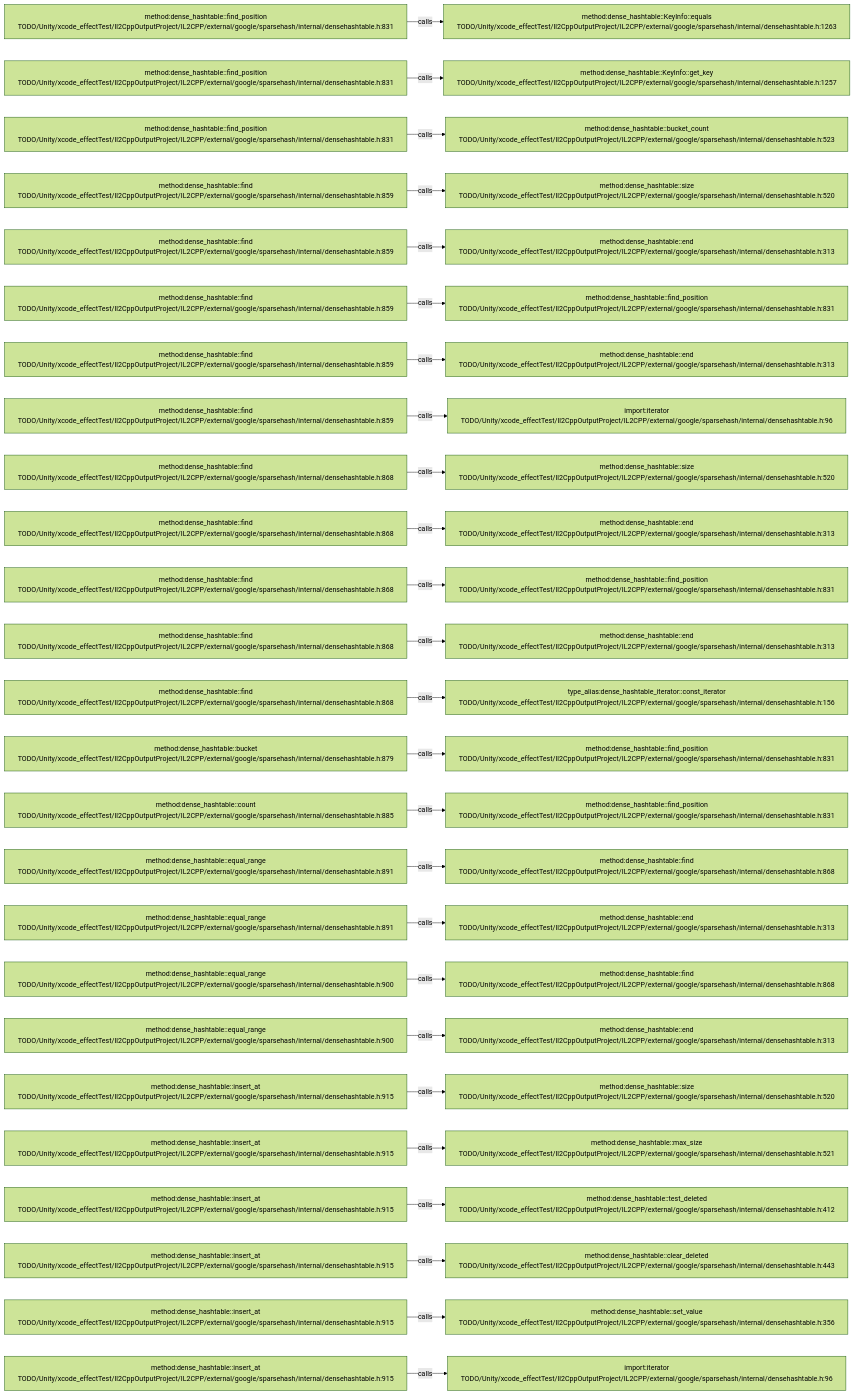
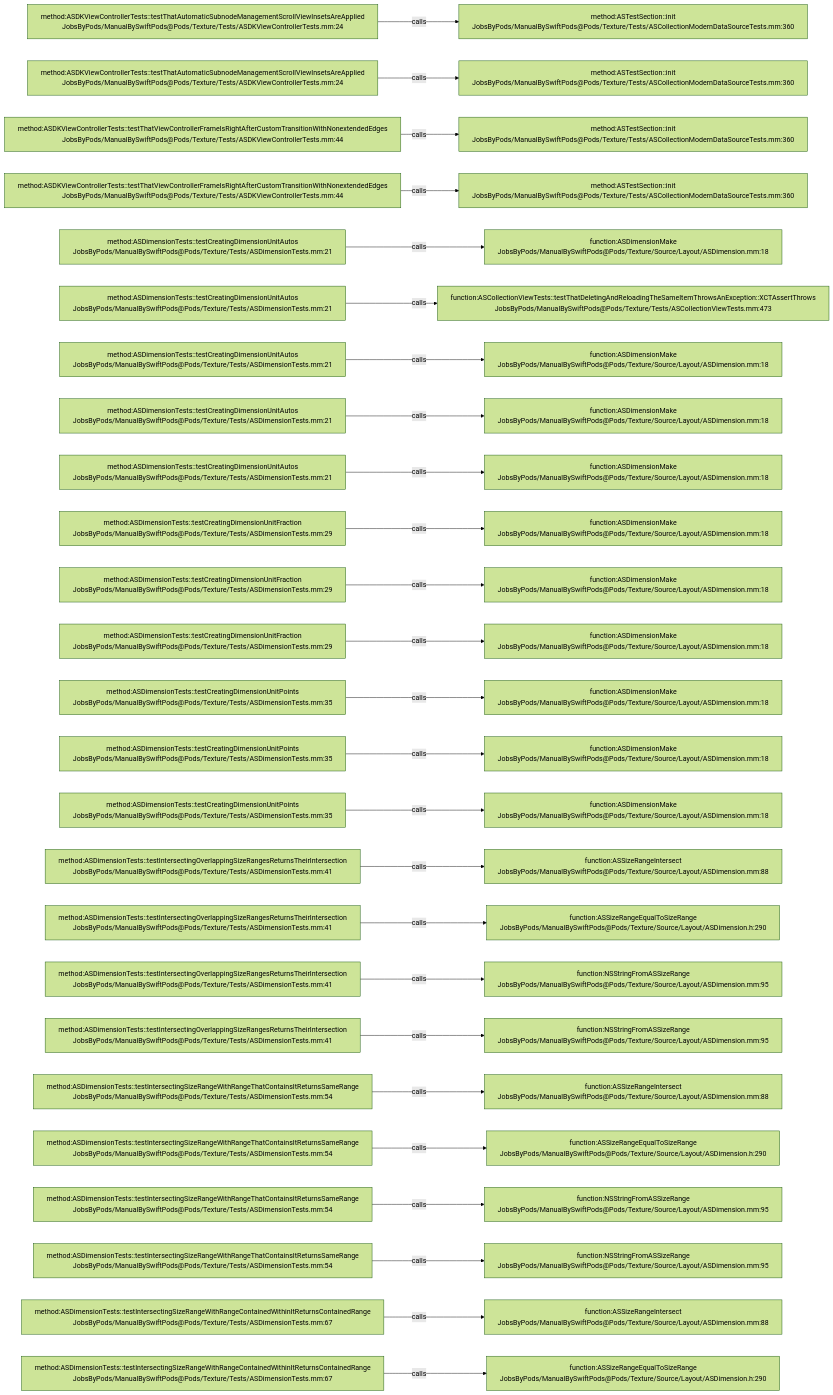
The diagram in .codegraph/codegraph.md/graphs/calls-197.md (JobsKits/JobsSwiftBaseConfigDemo), drawn with Mermaid (forest theme) before and after one commit. The commit also changed 2959 other files, not shown here.

````diff
--- a/.codegraph/codegraph.md/graphs/calls-197.md
+++ b/.codegraph/codegraph.md/graphs/calls-197.md
@@ -13,78 +13,78 @@
 ```mermaid
 flowchart LR
-  S1["method:dense_hashtable::find_position<br/>TODO/Unity/xcode_effectTest/Il2CppOutputProject/IL2CPP/external/google/sparsehash/internal/densehashtable.h:831"]
-  T1["method:dense_hashtable::KeyInfo::equals<br/>TODO/Unity/xcode_effectTest/Il2CppOutputProject/IL2CPP/external/google/sparsehash/internal/densehashtable.h:1263"]
+  S1["method:ASDKViewControllerTests::testThatAutomaticSubnodeManagementScrollViewInsetsAreApplied<br/>JobsByPods/ManualBySwiftPods@Pods/Texture/Tests/ASDKViewControllerTests.mm:24"]
+  T1["method:ASTestSection::init<br/>JobsByPods/ManualBySwiftPods@Pods/Texture/Tests/ASCollectionModernDataSourceTests.mm:360"]
   S1 -->|calls| T1
-  S2["method:dense_hashtable::find_position<br/>TODO/Unity/xcode_effectTest/Il2CppOutputProject/IL2CPP/external/google/sparsehash/internal/densehashtable.h:831"]
-  T2["method:dense_hashtable::KeyInfo::get_key<br/>TODO/Unity/xcode_effectTest/Il2CppOutputProject/IL2CPP/external/google/sparsehash/internal/densehashtable.h:1257"]
+  S2["method:ASDKViewControllerTests::testThatAutomaticSubnodeManagementScrollViewInsetsAreApplied<br/>JobsByPods/ManualBySwiftPods@Pods/Texture/Tests/ASDKViewControllerTests.mm:24"]
+  T2["method:ASTestSection::init<br/>JobsByPods/ManualBySwiftPods@Pods/Texture/Tests/ASCollectionModernDataSourceTests.mm:360"]
   S2 -->|calls| T2
-  S3["method:dense_hashtable::find_position<br/>TODO/Unity/xcode_effectTest/Il2CppOutputProject/IL2CPP/external/google/sparsehash/internal/densehashtable.h:831"]
-  T3["method:dense_hashtable::bucket_count<br/>TODO/Unity/xcode_effectTest/Il2CppOutputProject/IL2CPP/external/google/sparsehash/internal/densehashtable.h:523"]
+  S3["method:ASDKViewControllerTests::testThatViewControllerFrameIsRightAfterCustomTransitionWithNonextendedEdges<br/>JobsByPods/ManualBySwiftPods@Pods/Texture/Tests/ASDKViewControllerTests.mm:44"]
+  T3["method:ASTestSection::init<br/>JobsByPods/ManualBySwiftPods@Pods/Texture/Tests/ASCollectionModernDataSourceTests.mm:360"]
   S3 -->|calls| T3
-  S4["method:dense_hashtable::find<br/>TODO/Unity/xcode_effectTest/Il2CppOutputProject/IL2CPP/external/google/sparsehash/internal/densehashtable.h:859"]
-  T4["method:dense_hashtable::size<br/>TODO/Unity/xcode_effectTest/Il2CppOutputProject/IL2CPP/external/google/sparsehash/internal/densehashtable.h:520"]
+  S4["method:ASDKViewControllerTests::testThatViewControllerFrameIsRightAfterCustomTransitionWithNonextendedEdges<br/>JobsByPods/ManualBySwiftPods@Pods/Texture/Tests/ASDKViewControllerTests.mm:44"]
+  T4["method:ASTestSection::init<br/>JobsByPods/ManualBySwiftPods@Pods/Texture/Tests/ASCollectionModernDataSourceTests.mm:360"]
   S4 -->|calls| T4
-  S5["method:dense_hashtable::find<br/>TODO/Unity/xcode_effectTest/Il2CppOutputProject/IL2CPP/external/google/sparsehash/internal/densehashtable.h:859"]
-  T5["method:dense_hashtable::end<br/>TODO/Unity/xcode_effectTest/Il2CppOutputProject/IL2CPP/external/google/sparsehash/internal/densehashtable.h:313"]
+  S5["method:ASDimensionTests::testCreatingDimensionUnitAutos<br/>JobsByPods/ManualBySwiftPods@Pods/Texture/Tests/ASDimensionTests.mm:21"]
+  T5["function:ASDimensionMake<br/>JobsByPods/ManualBySwiftPods@Pods/Texture/Source/Layout/ASDimension.mm:18"]
   S5 -->|calls| T5
-  S6["method:dense_hashtable::find<br/>TODO/Unity/xcode_effectTest/Il2CppOutputProject/IL2CPP/external/google/sparsehash/internal/densehashtable.h:859"]
-  T6["method:dense_hashtable::find_position<br/>TODO/Unity/xcode_effectTest/Il2CppOutputProject/IL2CPP/external/google/sparsehash/internal/densehashtable.h:831"]
+  S6["method:ASDimensionTests::testCreatingDimensionUnitAutos<br/>JobsByPods/ManualBySwiftPods@Pods/Texture/Tests/ASDimensionTests.mm:21"]
+  T6["function:ASCollectionViewTests::testThatDeletingAndReloadingTheSameItemThrowsAnException::XCTAssertThrows<br/>JobsByPods/ManualBySwiftPods@Pods/Texture/Tests/ASCollectionViewTests.mm:473"]
   S6 -->|calls| T6
-  S7["method:dense_hashtable::find<br/>TODO/Unity/xcode_effectTest/Il2CppOutputProject/IL2CPP/external/google/sparsehash/internal/densehashtable.h:859"]
-  T7["method:dense_hashtable::end<br/>TODO/Unity/xcode_effectTest/Il2CppOutputProject/IL2CPP/external/google/sparsehash/internal/densehashtable.h:313"]
+  S7["method:ASDimensionTests::testCreatingDimensionUnitAutos<br/>JobsByPods/ManualBySwiftPods@Pods/Texture/Tests/ASDimensionTests.mm:21"]
+  T7["function:ASDimensionMake<br/>JobsByPods/ManualBySwiftPods@Pods/Texture/Source/Layout/ASDimension.mm:18"]
   S7 -->|calls| T7
-  S8["method:dense_hashtable::find<br/>TODO/Unity/xcode_effectTest/Il2CppOutputProject/IL2CPP/external/google/sparsehash/internal/densehashtable.h:859"]
-  T8["import:iterator<br/>TODO/Unity/xcode_effectTest/Il2CppOutputProject/IL2CPP/external/google/sparsehash/internal/densehashtable.h:96"]
+  S8["method:ASDimensionTests::testCreatingDimensionUnitAutos<br/>JobsByPods/ManualBySwiftPods@Pods/Texture/Tests/ASDimensionTests.mm:21"]
+  T8["function:ASDimensionMake<br/>JobsByPods/ManualBySwiftPods@Pods/Texture/Source/Layout/ASDimension.mm:18"]
   S8 -->|calls| T8
-  S9["method:dense_hashtable::find<br/>TODO/Unity/xcode_effectTest/Il2CppOutputProject/IL2CPP/external/google/sparsehash/internal/densehashtable.h:868"]
-  T9["method:dense_hashtable::size<br/>TODO/Unity/xcode_effectTest/Il2CppOutputProject/IL2CPP/external/google/sparsehash/internal/densehashtable.h:520"]
+  S9["method:ASDimensionTests::testCreatingDimensionUnitAutos<br/>JobsByPods/ManualBySwiftPods@Pods/Texture/Tests/ASDimensionTests.mm:21"]
+  T9["function:ASDimensionMake<br/>JobsByPods/ManualBySwiftPods@Pods/Texture/Source/Layout/ASDimension.mm:18"]
   S9 -->|calls| T9
-  S10["method:dense_hashtable::find<br/>TODO/Unity/xcode_effectTest/Il2CppOutputProject/IL2CPP/external/google/sparsehash/internal/densehashtable.h:868"]
-  T10["method:dense_hashtable::end<br/>TODO/Unity/xcode_effectTest/Il2CppOutputProject/IL2CPP/external/google/sparsehash/internal/densehashtable.h:313"]
+  S10["method:ASDimensionTests::testCreatingDimensionUnitFraction<br/>JobsByPods/ManualBySwiftPods@Pods/Texture/Tests/ASDimensionTests.mm:29"]
+  T10["function:ASDimensionMake<br/>JobsByPods/ManualBySwiftPods@Pods/Texture/Source/Layout/ASDimension.mm:18"]
   S10 -->|calls| T10
-  S11["method:dense_hashtable::find<br/>TODO/Unity/xcode_effectTest/Il2CppOutputProject/IL2CPP/external/google/sparsehash/internal/densehashtable.h:868"]
-  T11["method:dense_hashtable::find_position<br/>TODO/Unity/xcode_effectTest/Il2CppOutputProject/IL2CPP/external/google/sparsehash/internal/densehashtable.h:831"]
+  S11["method:ASDimensionTests::testCreatingDimensionUnitFraction<br/>JobsByPods/ManualBySwiftPods@Pods/Texture/Tests/ASDimensionTests.mm:29"]
+  T11["function:ASDimensionMake<br/>JobsByPods/ManualBySwiftPods@Pods/Texture/Source/Layout/ASDimension.mm:18"]
   S11 -->|calls| T11
-  S12["method:dense_hashtable::find<br/>TODO/Unity/xcode_effectTest/Il2CppOutputProject/IL2CPP/external/google/sparsehash/internal/densehashtable.h:868"]
-  T12["method:dense_hashtable::end<br/>TODO/Unity/xcode_effectTest/Il2CppOutputProject/IL2CPP/external/google/sparsehash/internal/densehashtable.h:313"]
+  S12["method:ASDimensionTests::testCreatingDimensionUnitFraction<br/>JobsByPods/ManualBySwiftPods@Pods/Texture/Tests/ASDimensionTests.mm:29"]
+  T12["function:ASDimensionMake<br/>JobsByPods/ManualBySwiftPods@Pods/Texture/Source/Layout/ASDimension.mm:18"]
   S12 -->|calls| T12
-  S13["method:dense_hashtable::find<br/>TODO/Unity/xcode_effectTest/Il2CppOutputProject/IL2CPP/external/google/sparsehash/internal/densehashtable.h:868"]
-  T13["type_alias:dense_hashtable_iterator::const_iterator<br/>TODO/Unity/xcode_effectTest/Il2CppOutputProject/IL2CPP/external/google/sparsehash/internal/densehashtable.h:156"]
+  S13["method:ASDimensionTests::testCreatingDimensionUnitPoints<br/>JobsByPods/ManualBySwiftPods@Pods/Texture/Tests/ASDimensionTests.mm:35"]
+  T13["function:ASDimensionMake<br/>JobsByPods/ManualBySwiftPods@Pods/Texture/Source/Layout/ASDimension.mm:18"]
   S13 -->|calls| T13
-  S14["method:dense_hashtable::bucket<br/>TODO/Unity/xcode_effectTest/Il2CppOutputProject/IL2CPP/external/google/sparsehash/internal/densehashtable.h:879"]
-  T14["method:dense_hashtable::find_position<br/>TODO/Unity/xcode_effectTest/Il2CppOutputProject/IL2CPP/external/google/sparsehash/internal/densehashtable.h:831"]
+  S14["method:ASDimensionTests::testCreatingDimensionUnitPoints<br/>JobsByPods/ManualBySwiftPods@Pods/Texture/Tests/ASDimensionTests.mm:35"]
+  T14["function:ASDimensionMake<br/>JobsByPods/ManualBySwiftPods@Pods/Texture/Source/Layout/ASDimension.mm:18"]
   S14 -->|calls| T14
-  S15["method:dense_hashtable::count<br/>TODO/Unity/xcode_effectTest/Il2CppOutputProject/IL2CPP/external/google/sparsehash/internal/densehashtable.h:885"]
-  T15["method:dense_hashtable::find_position<br/>TODO/Unity/xcode_effectTest/Il2CppOutputProject/IL2CPP/external/google/sparsehash/internal/densehashtable.h:831"]
+  S15["method:ASDimensionTests::testCreatingDimensionUnitPoints<br/>JobsByPods/ManualBySwiftPods@Pods/Texture/Tests/ASDimensionTests.mm:35"]
+  T15["function:ASDimensionMake<br/>JobsByPods/ManualBySwiftPods@Pods/Texture/Source/Layout/ASDimension.mm:18"]
   S15 -->|calls| T15
-  S16["method:dense_hashtable::equal_range<br/>TODO/Unity/xcode_effectTest/Il2CppOutputProject/IL2CPP/external/google/sparsehash/internal/densehashtable.h:891"]
-  T16["method:dense_hashtable::find<br/>TODO/Unity/xcode_effectTest/Il2CppOutputProject/IL2CPP/external/google/sparsehash/internal/densehashtable.h:868"]
+  S16["method:ASDimensionTests::testIntersectingOverlappingSizeRangesReturnsTheirIntersection<br/>JobsByPods/ManualBySwiftPods@Pods/Texture/Tests/ASDimensionTests.mm:41"]
+  T16["function:ASSizeRangeIntersect<br/>JobsByPods/ManualBySwiftPods@Pods/Texture/Source/Layout/ASDimension.mm:88"]
   S16 -->|calls| T16
-  S17["method:dense_hashtable::equal_range<br/>TODO/Unity/xcode_effectTest/Il2CppOutputProject/IL2CPP/external/google/sparsehash/internal/densehashtable.h:891"]
-  T17["method:dense_hashtable::end<br/>TODO/Unity/xcode_effectTest/Il2CppOutputProject/IL2CPP/external/google/sparsehash/internal/densehashtable.h:313"]
+  S17["method:ASDimensionTests::testIntersectingOverlappingSizeRangesReturnsTheirIntersection<br/>JobsByPods/ManualBySwiftPods@Pods/Texture/Tests/ASDimensionTests.mm:41"]
+  T17["function:ASSizeRangeEqualToSizeRange<br/>JobsByPods/ManualBySwiftPods@Pods/Texture/Source/Layout/ASDimension.h:290"]
   S17 -->|calls| T17
-  S18["method:dense_hashtable::equal_range<br/>TODO/Unity/xcode_effectTest/Il2CppOutputProject/IL2CPP/external/google/sparsehash/internal/densehashtable.h:900"]
-  T18["method:dense_hashtable::find<br/>TODO/Unity/xcode_effectTest/Il2CppOutputProject/IL2CPP/external/google/sparsehash/internal/densehashtable.h:868"]
+  S18["method:ASDimensionTests::testIntersectingOverlappingSizeRangesReturnsTheirIntersection<br/>JobsByPods/ManualBySwiftPods@Pods/Texture/Tests/ASDimensionTests.mm:41"]
+  T18["function:NSStringFromASSizeRange<br/>JobsByPods/ManualBySwiftPods@Pods/Texture/Source/Layout/ASDimension.mm:95"]
   S18 -->|calls| T18
-  S19["method:dense_hashtable::equal_range<br/>TODO/Unity/xcode_effectTest/Il2CppOutputProject/IL2CPP/external/google/sparsehash/internal/densehashtable.h:900"]
-  T19["method:dense_hashtable::end<br/>TODO/Unity/xcode_effectTest/Il2CppOutputProject/IL2CPP/external/google/sparsehash/internal/densehashtable.h:313"]
+  S19["method:ASDimensionTests::testIntersectingOverlappingSizeRangesReturnsTheirIntersection<br/>JobsByPods/ManualBySwiftPods@Pods/Texture/Tests/ASDimensionTests.mm:41"]
+  T19["function:NSStringFromASSizeRange<br/>JobsByPods/ManualBySwiftPods@Pods/Texture/Source/Layout/ASDimension.mm:95"]
   S19 -->|calls| T19
-  S20["method:dense_hashtable::insert_at<br/>TODO/Unity/xcode_effectTest/Il2CppOutputProject/IL2CPP/external/google/sparsehash/internal/densehashtable.h:915"]
-  T20["method:dense_hashtable::size<br/>TODO/Unity/xcode_effectTest/Il2CppOutputProject/IL2CPP/external/google/sparsehash/internal/densehashtable.h:520"]
+  S20["method:ASDimensionTests::testIntersectingSizeRangeWithRangeThatContainsItReturnsSameRange<br/>JobsByPods/ManualBySwiftPods@Pods/Texture/Tests/ASDimensionTests.mm:54"]
+  T20["function:ASSizeRangeIntersect<br/>JobsByPods/ManualBySwiftPods@Pods/Texture/Source/Layout/ASDimension.mm:88"]
   S20 -->|calls| T20
-  S21["method:dense_hashtable::insert_at<br/>TODO/Unity/xcode_effectTest/Il2CppOutputProject/IL2CPP/external/google/sparsehash/internal/densehashtable.h:915"]
-  T21["method:dense_hashtable::max_size<br/>TODO/Unity/xcode_effectTest/Il2CppOutputProject/IL2CPP/external/google/sparsehash/internal/densehashtable.h:521"]
+  S21["method:ASDimensionTests::testIntersectingSizeRangeWithRangeThatContainsItReturnsSameRange<br/>JobsByPods/ManualBySwiftPods@Pods/Texture/Tests/ASDimensionTests.mm:54"]
+  T21["function:ASSizeRangeEqualToSizeRange<br/>JobsByPods/ManualBySwiftPods@Pods/Texture/Source/Layout/ASDimension.h:290"]
   S21 -->|calls| T21
-  S22["method:dense_hashtable::insert_at<br/>TODO/Unity/xcode_effectTest/Il2CppOutputProject/IL2CPP/external/google/sparsehash/internal/densehashtable.h:915"]
-  T22["method:dense_hashtable::test_deleted<br/>TODO/Unity/xcode_effectTest/Il2CppOutputProject/IL2CPP/external/google/sparsehash/internal/densehashtable.h:412"]
+  S22["method:ASDimensionTests::testIntersectingSizeRangeWithRangeThatContainsItReturnsSameRange<br/>JobsByPods/ManualBySwiftPods@Pods/Texture/Tests/ASDimensionTests.mm:54"]
+  T22["function:NSStringFromASSizeRange<br/>JobsByPods/ManualBySwiftPods@Pods/Texture/Source/Layout/ASDimension.mm:95"]
   S22 -->|calls| T22
-  S23["method:dense_hashtable::insert_at<br/>TODO/Unity/xcode_effectTest/Il2CppOutputProject/IL2CPP/external/google/sparsehash/internal/densehashtable.h:915"]
-  T23["method:dense_hashtable::clear_deleted<br/>TODO/Unity/xcode_effectTest/Il2CppOutputProject/IL2CPP/external/google/sparsehash/internal/densehashtable.h:443"]
+  S23["method:ASDimensionTests::testIntersectingSizeRangeWithRangeThatContainsItReturnsSameRange<br/>JobsByPods/ManualBySwiftPods@Pods/Texture/Tests/ASDimensionTests.mm:54"]
+  T23["function:NSStringFromASSizeRange<br/>JobsByPods/ManualBySwiftPods@Pods/Texture/Source/Layout/ASDimension.mm:95"]
   S23 -->|calls| T23
-  S24["method:dense_hashtable::insert_at<br/>TODO/Unity/xcode_effectTest/Il2CppOutputProject/IL2CPP/external/google/sparsehash/internal/densehashtable.h:915"]
-  T24["method:dense_hashtable::set_value<br/>TODO/Unity/xcode_effectTest/Il2CppOutputProject/IL2CPP/external/google/sparsehash/internal/densehashtable.h:356"]
+  S24["method:ASDimensionTests::testIntersectingSizeRangeWithRangeContainedWithinItReturnsContainedRange<br/>JobsByPods/ManualBySwiftPods@Pods/Texture/Tests/ASDimensionTests.mm:67"]
+  T24["function:ASSizeRangeIntersect<br/>JobsByPods/ManualBySwiftPods@Pods/Texture/Source/Layout/ASDimension.mm:88"]
   S24 -->|calls| T24
-  S25["method:dense_hashtable::insert_at<br/>TODO/Unity/xcode_effectTest/Il2CppOutputProject/IL2CPP/external/google/sparsehash/internal/densehashtable.h:915"]
-  T25["import:iterator<br/>TODO/Unity/xcode_effectTest/Il2CppOutputProject/IL2CPP/external/google/sparsehash/internal/densehashtable.h:96"]
+  S25["method:ASDimensionTests::testIntersectingSizeRangeWithRangeContainedWithinItReturnsContainedRange<br/>JobsByPods/ManualBySwiftPods@Pods/Texture/Tests/ASDimensionTests.mm:67"]
+  T25["function:ASSizeRangeEqualToSizeRange<br/>JobsByPods/ManualBySwiftPods@Pods/Texture/Source/Layout/ASDimension.h:290"]
   S25 -->|calls| T25
 ```
````
